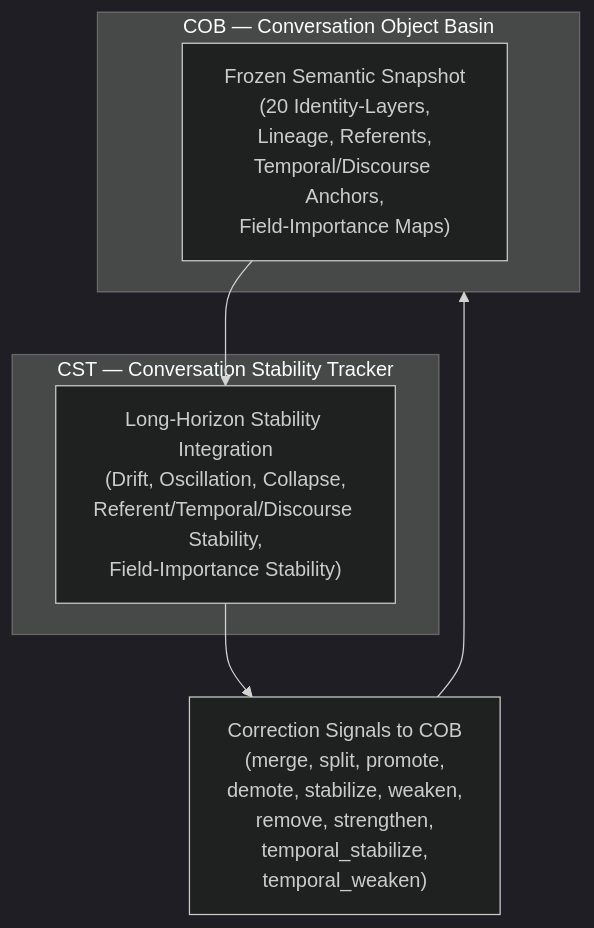
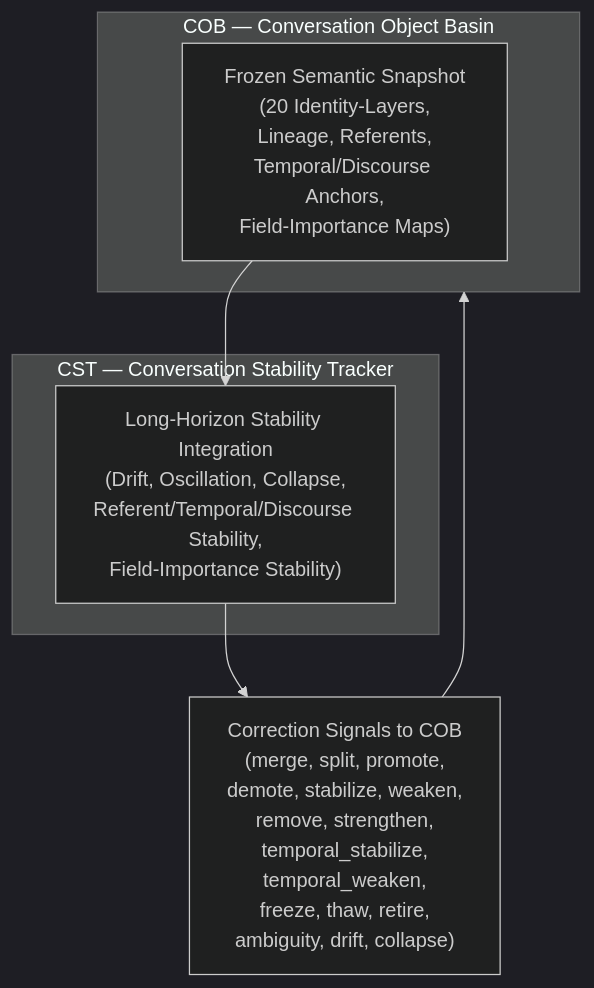
Before and after one commit to CuriousOne23/WhenMathPrays: the diagram in thought_simulator/20_requirements/20.32.010_cst_requirements.md, drawn with Mermaid (dark theme). The commit also changed other lines of this file, not shown here.

````diff
--- a/thought_simulator/20_requirements/20.32.010_cst_requirements.md
+++ b/thought_simulator/20_requirements/20.32.010_cst_requirements.md
@@ -10,16 +20,16 @@
 ```mermaid
 flowchart TD
 
     subgraph COB["COB — Conversation Object Basin"]
-        COBsnap["Frozen Semantic Snapshot<br/>(20 Identity‑Layers,<br/>Lineage, Referents,<br/>Temporal/Discourse Anchors,<br/>Field‑Importance Maps)"]
+        COBsnap["Frozen Semantic Snapshot<br/>(20 Identity-Layers,<br/>Lineage, Referents,<br/>Temporal/Discourse Anchors,<br/>Field-Importance Maps)"]
     end
 
     subgraph CST["CST — Conversation Stability Tracker"]
-        CSTproc["Long‑Horizon Stability Integration<br/>(Drift, Oscillation, Collapse,<br/>Referent/Temporal/Discourse Stability,<br/>Field‑Importance Stability)"]
+        CSTproc["Long-Horizon Stability Integration<br/>(Drift, Oscillation, Collapse,<br/>Referent/Temporal/Discourse Stability,<br/>Field-Importance Stability)"]
     end
 
     COBsnap --> CSTproc
-    CSTproc --> COBcorr["Correction Signals to COB<br/>(merge, split, promote,<br/>demote, stabilize, weaken,<br/>remove, strengthen,<br/>temporal_stabilize,<br/>temporal_weaken)"]
+    CSTproc --> COBcorr["Correction Signals to COB<br/>(merge, split, promote,<br/>demote, stabilize, weaken,<br/>remove, strengthen,<br/>temporal_stabilize,<br/>temporal_weaken,<br/>freeze, thaw, retire,<br/>ambiguity, drift, collapse)"]
 
     COBcorr --> COB
 ```
````
